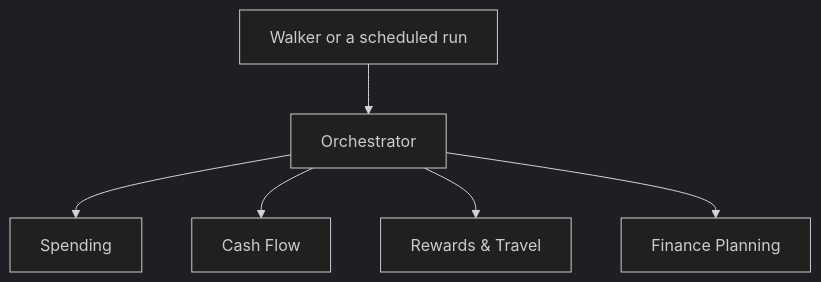
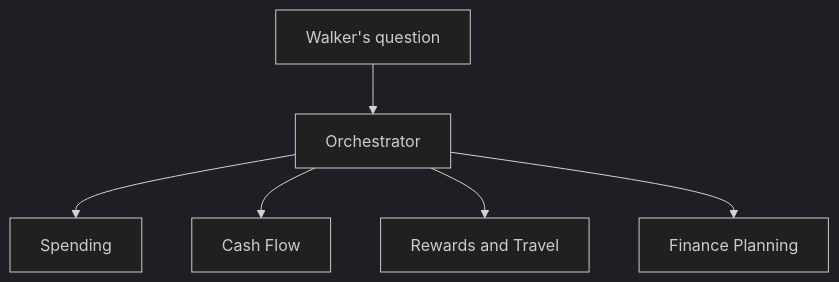
One commit to zerowing113/walker-personal-agent changed the diagram in README.md. Above: the diagram before and after it, drawn with Mermaid (dark theme). The commit also changed other lines of this file, not shown here.

```diff
--- a/README.md
+++ b/README.md
@@ -15,8 +35,8 @@
 ~~~mermaid
 flowchart TD
-    W["Walker or a scheduled run"] --> O["Orchestrator"]
+    W["Walker's question"] --> O["Orchestrator"]
     O --> S["Spending"]
     O --> C["Cash Flow"]
-    O --> R["Rewards &amp; Travel"]
+    O --> R["Rewards and Travel"]
     O --> P["Finance Planning"]
 ~~~
```
